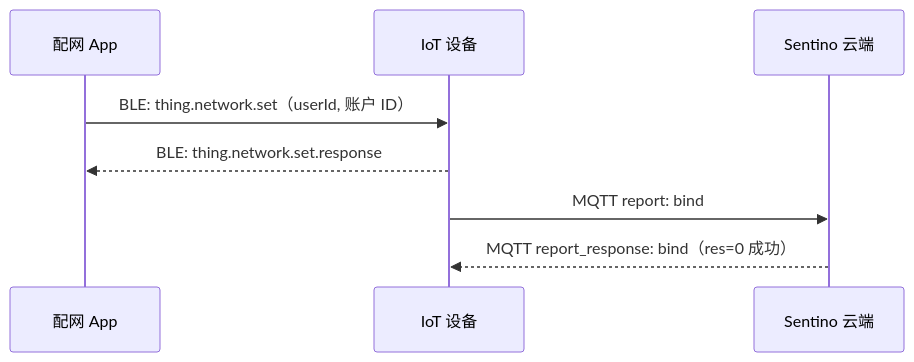
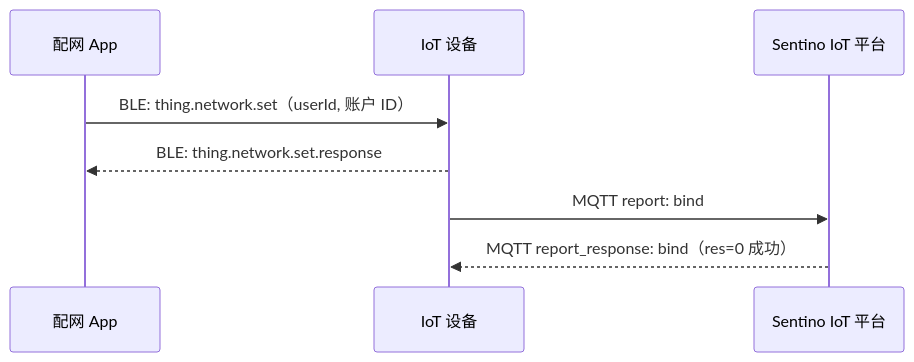
The second of 2 diagrams in guide-device.md (sentino-jp/iot-docs), drawn with Mermaid before and after one commit. The commit also changed 5 other files, not shown here.

````diff
--- a/guide-device.md
+++ b/guide-device.md
@@ -123,11 +123,11 @@
 ```mermaid
 sequenceDiagram
     participant App as 配网 App
     participant Device as IoT 设备
-    participant Cloud as Sentino 云端
+    participant Cloud as Sentino IoT 平台
 
     App->>Device: BLE: thing.network.set（userId, 账户 ID）
     Device-->>App: BLE: thing.network.set.response
     Device->>Cloud: MQTT report: bind
     Cloud-->>Device: MQTT report_response: bind（res=0 成功）
 ```
````
